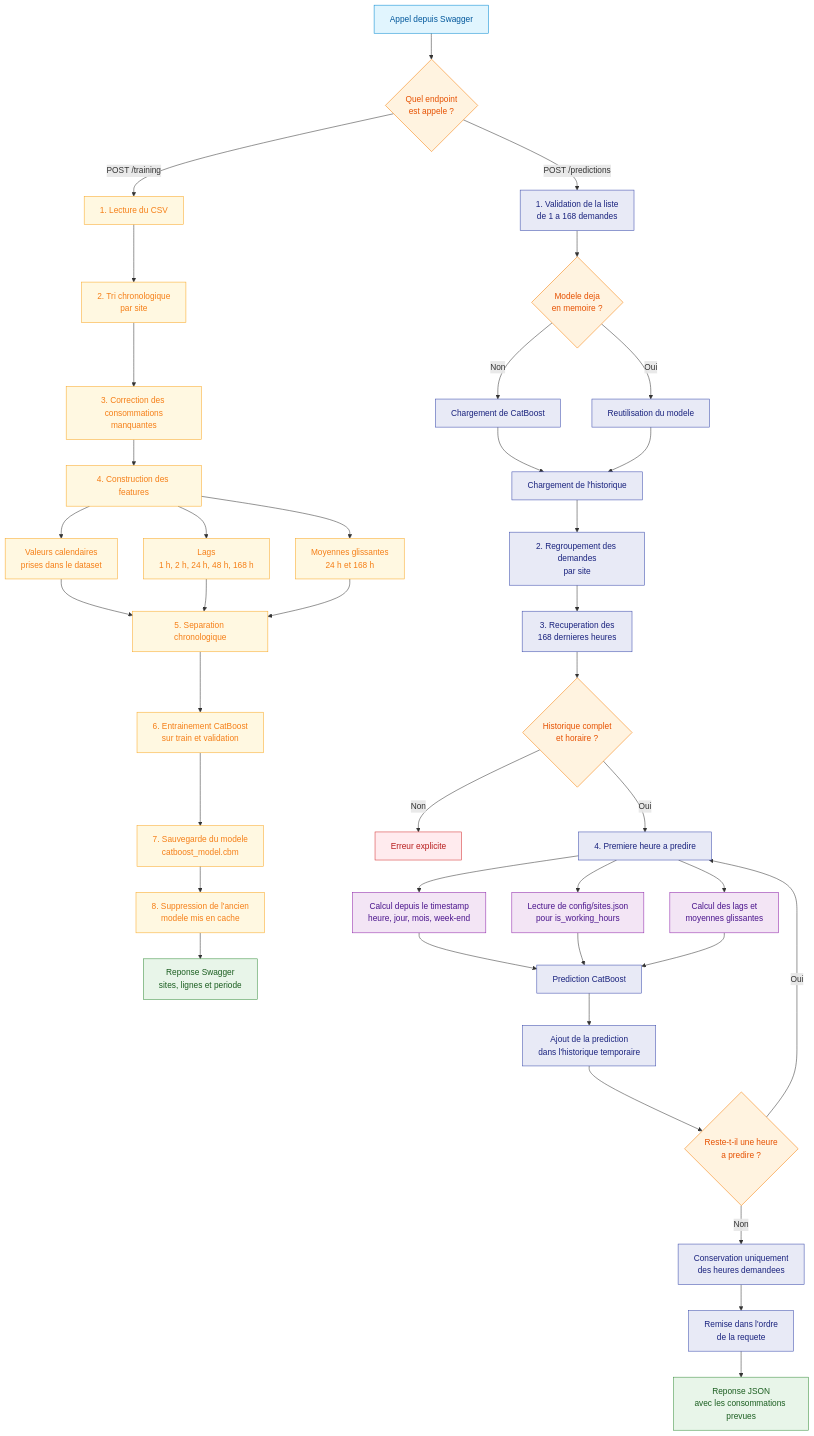
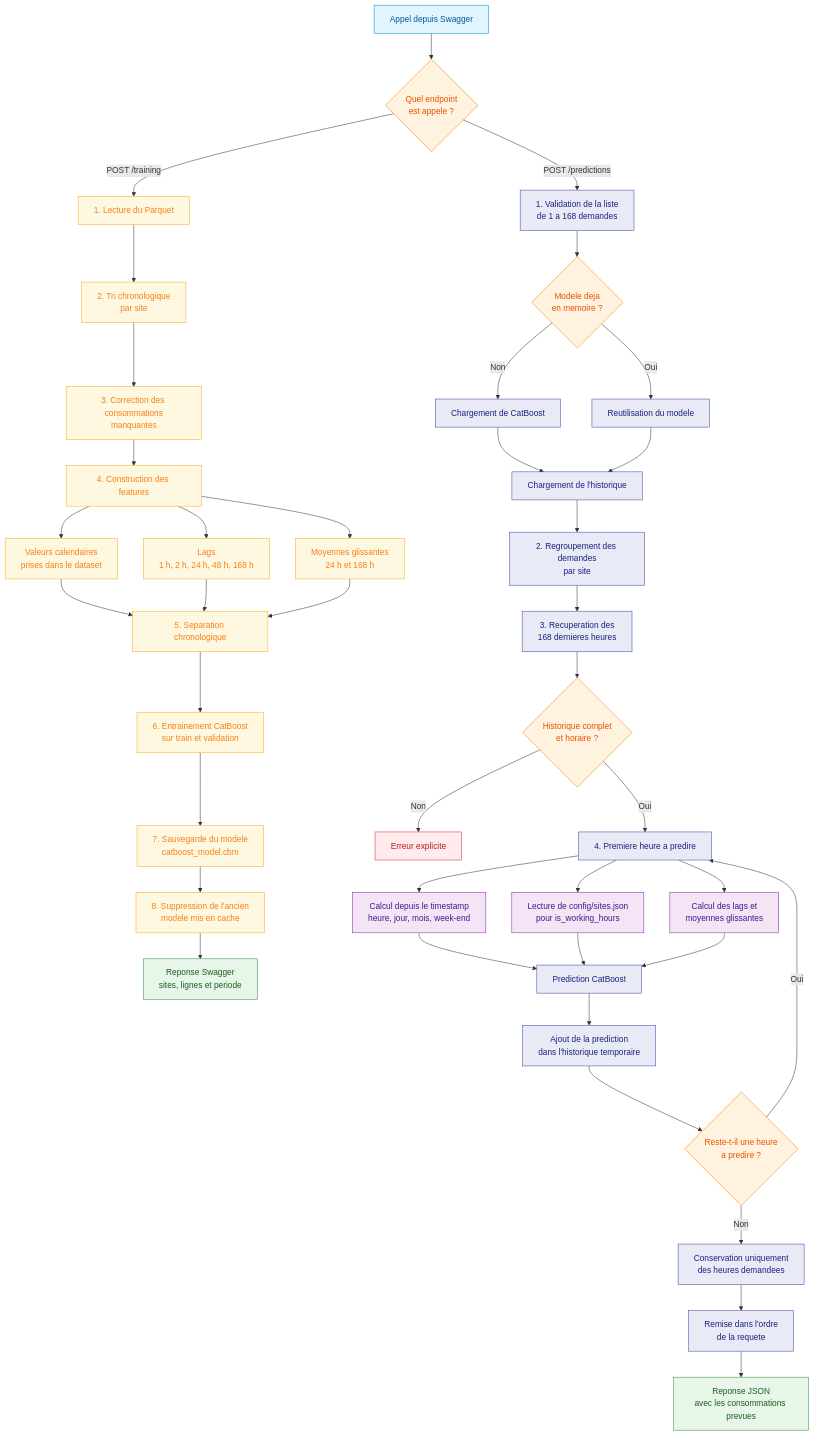
The second of 3 diagrams in apps/ml/README.md (AlexRovere/smart-energy-optimizer), drawn with Mermaid before and after one commit. The commit also changed other lines of this file and 10 other files, not shown here.

````diff
--- a/apps/ml/README.md
+++ b/apps/ml/README.md
@@ -249,72 +242,72 @@
 ```mermaid
 flowchart TD
     START["Appel depuis Swagger"]
     CHOICE{"Quel endpoint<br/>est appele ?"}
 
     START --> CHOICE
 
-    CHOICE -->|"POST /training"| T1["1. Lecture du CSV"]
+    CHOICE -->|"POST /training"| T1["1. Lecture du Parquet"]
     T1 --> T2["2. Tri chronologique<br/>par site"]
     T2 --> T3["3. Correction des consommations<br/>manquantes"]
     T3 --> T4["4. Construction des features"]
 
     T4 --> T5["Valeurs calendaires<br/>prises dans le dataset"]
     T4 --> T6["Lags<br/>1 h, 2 h, 24 h, 48 h, 168 h"]
     T4 --> T7["Moyennes glissantes<br/>24 h et 168 h"]
 
     T5 --> T8["5. Separation chronologique"]
     T6 --> T8
     T7 --> T8
 
     T8 --> T9["6. Entrainement CatBoost<br/>sur train et validation"]
     T9 --> T10["7. Sauvegarde du modele<br/>catboost_model.cbm"]
     T10 --> T11["8. Suppression de l'ancien<br/>modele mis en cache"]
     T11 --> T12["Reponse Swagger<br/>sites, lignes et periode"]
 
     CHOICE -->|"POST /predictions"| P1["1. Validation de la liste<br/>de 1 a 168 demandes"]
 
     P1 --> P2{"Modele deja<br/>en memoire ?"}
     P2 -->|"Non"| P3["Chargement de CatBoost"]
     P2 -->|"Oui"| P4["Reutilisation du modele"]
     P3 --> P5["Chargement de l'historique"]
     P4 --> P5
 
     P5 --> P6["2. Regroupement des demandes<br/>par site"]
     P6 --> P7["3. Recuperation des<br/>168 dernieres heures"]
 
     P7 --> P8{"Historique complet<br/>et horaire ?"}
     P8 -->|"Non"| ERROR["Erreur explicite"]
     P8 -->|"Oui"| P9["4. Premiere heure a predire"]
 
     P9 --> P10["Calcul depuis le timestamp<br/>heure, jour, mois, week-end"]
     P9 --> P11["Lecture de config/sites.json<br/>pour is_working_hours"]
     P9 --> P12["Calcul des lags et<br/>moyennes glissantes"]
 
     P10 --> P13["Prediction CatBoost"]
     P11 --> P13
     P12 --> P13
 
     P13 --> P14["Ajout de la prediction<br/>dans l'historique temporaire"]
     P14 --> P15{"Reste-t-il une heure<br/>a predire ?"}
     P15 -->|"Oui"| P9
     P15 -->|"Non"| P16["Conservation uniquement<br/>des heures demandees"]
 
     P16 --> P17["Remise dans l'ordre<br/>de la requete"]
     P17 --> P18["Reponse JSON<br/>avec les consommations prevues"]
 
     classDef start fill:#e1f5fe,stroke:#0288d1,color:#01579b
     classDef decision fill:#fff3e0,stroke:#f57c00,color:#e65100
     classDef training fill:#fff8e1,stroke:#f9a825,color:#f57f17
     classDef prediction fill:#e8eaf6,stroke:#3949ab,color:#1a237e
     classDef feature fill:#f3e5f5,stroke:#8e24aa,color:#4a148c
     classDef success fill:#e8f5e9,stroke:#388e3c,color:#1b5e20
     classDef error fill:#ffebee,stroke:#d32f2f,color:#b71c1c
 
     class START start
     class CHOICE,P2,P8,P15 decision
     class T1,T2,T3,T4,T5,T6,T7,T8,T9,T10,T11 training
     class P1,P3,P4,P5,P6,P7,P9,P13,P14,P16,P17 prediction
     class P10,P11,P12 feature
     class T12,P18 success
     class ERROR error
 ```
````
